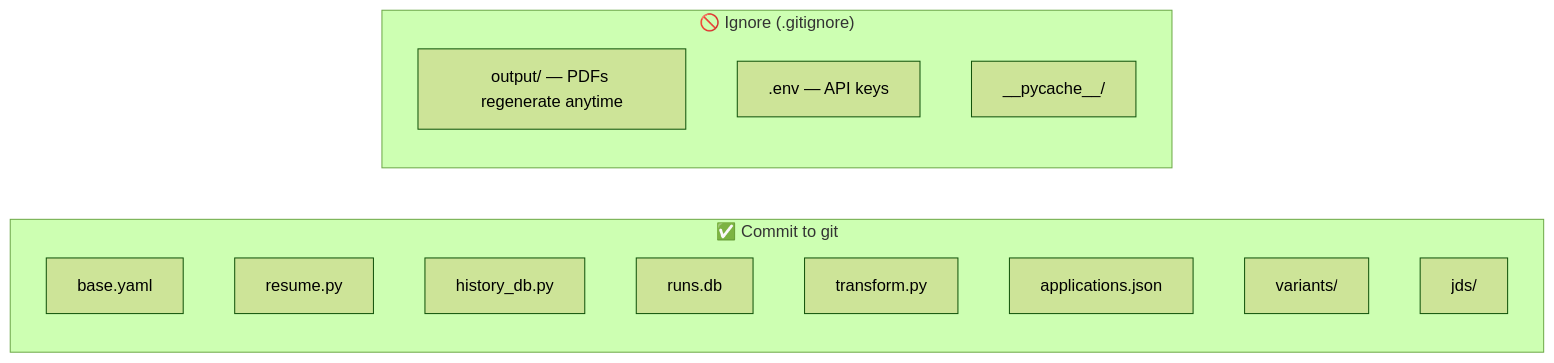
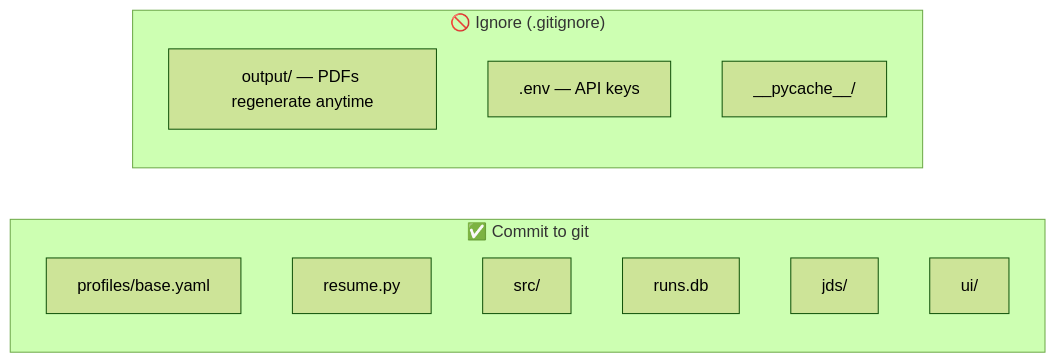
The tenth of 10 diagrams in docs/overview.md (jxjwilliam/resume-generator), drawn with Mermaid (forest theme) before and after one commit. The commit also changed other lines of this file and 1 other file, not shown here.

````diff
--- a/docs/overview.md
+++ b/docs/overview.md
@@ -514,19 +474,17 @@
 ```mermaid
 flowchart LR
     subgraph Commit["✅ Commit to git"]
-        C1["base.yaml"]
+        C1["profiles/base.yaml"]
         C2["resume.py"]
-        C3["history_db.py"]
+        C3["src/"]
         C4["runs.db"]
-        C5["transform.py"]
-        C6["applications.json"]
-        C7["variants/"]
-        C8["jds/"]
+        C5["jds/"]
+        C6["ui/"]
     end
 
     subgraph Ignore["🚫 Ignore (.gitignore)"]
         I1["output/ — PDFs regenerate anytime"]
         I2[".env — API keys"]
         I3["__pycache__/"]
     end
 ```
````
